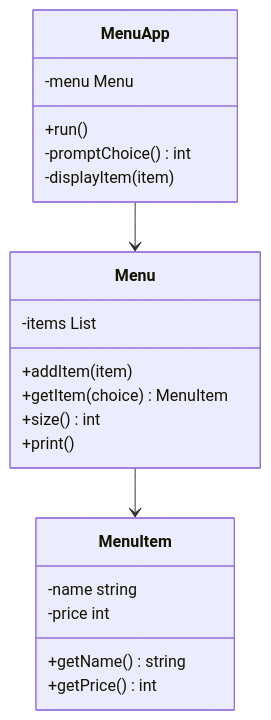
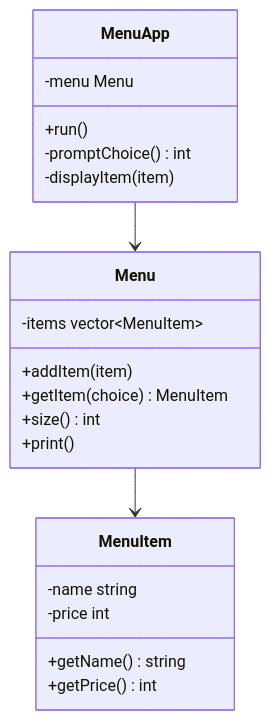
One commit to nmcuong2502/bai-tap-oop changed the diagram in bai_lam (2).md. Above: the diagram before and after it, drawn with Mermaid.

Commit message:
Update bai_lam (2).md

````diff
--- a/bai_lam (2).md
+++ b/bai_lam (2).md
@@ -10,29 +10,29 @@
 ```mermaid
 
 classDiagram
     class MenuApp {
         -menu Menu
         +run()
         -promptChoice() int
         -displayItem(item)
     }
 
     class Menu {
-        -items List
+        -items vector~MenuItem~
         +addItem(item)
         +getItem(choice) MenuItem
         +size() int
         +print()
     }
 
     class MenuItem {
         -name string
         -price int
         +getName() string
         +getPrice() int
     }
 
     MenuApp --> Menu
     Menu --> MenuItem
     
 ```
````
